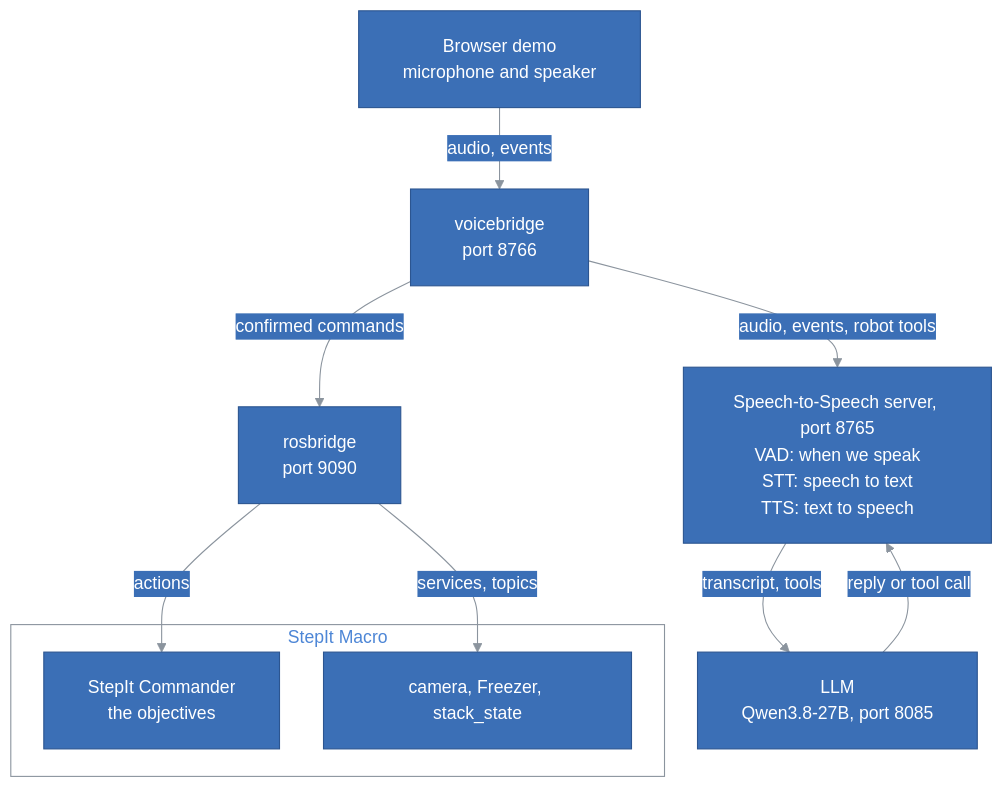
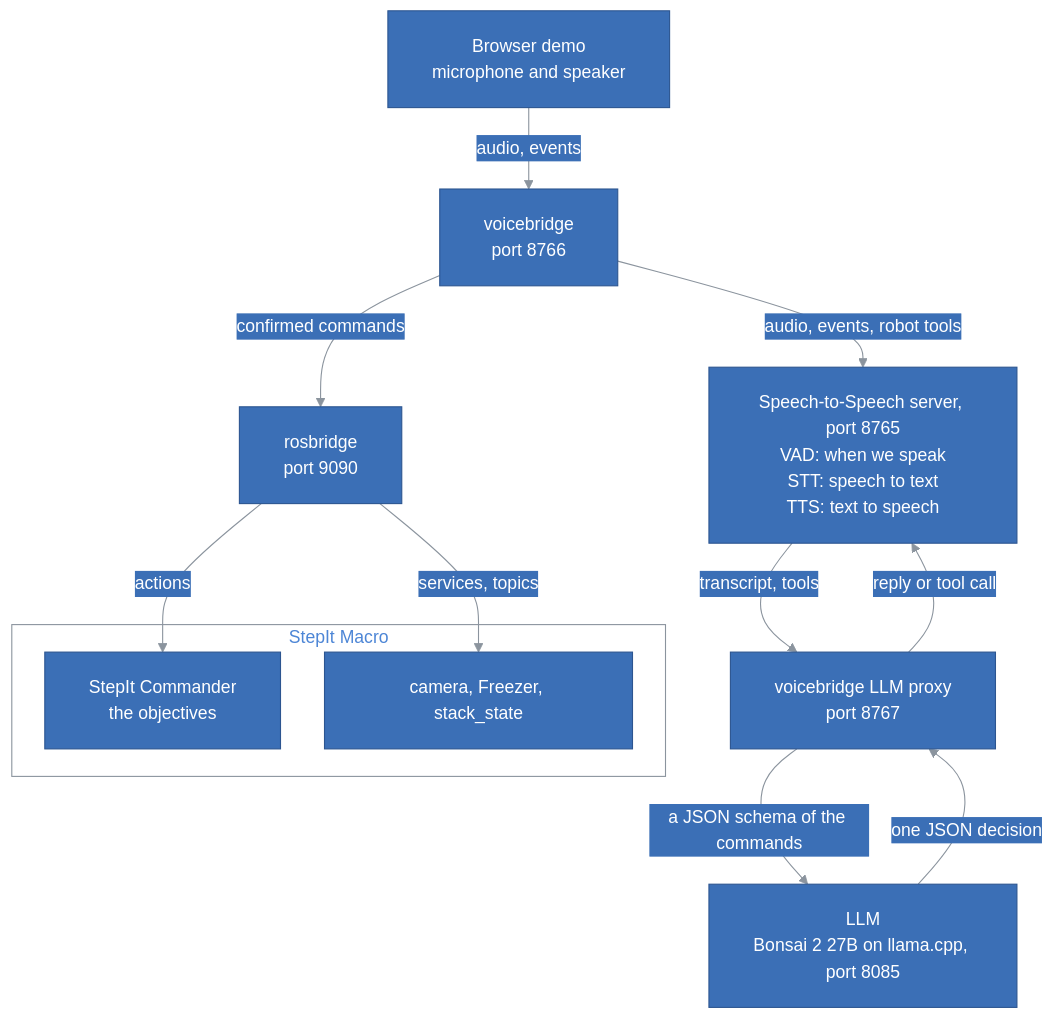
Before and after one commit to kineticsystem/stepit-speech: the first of 8 diagrams in docs/ARCHITECTURE.md, drawn with Mermaid. The commit also changed other lines of this file and 20 other files, not shown here.

First line of the commit message:
Rename to StepIt Speech; say the bridge's sentences through an LLM proxy

````diff
--- a/docs/ARCHITECTURE.md
+++ b/docs/ARCHITECTURE.md
@@ -41,77 +44,80 @@
 ```mermaid
 ---
 config:
   theme: base
   themeCSS: ".edgeLabel p { padding: 4px 10px; }"
   flowchart:
     padding: 20
     nodeSpacing: 40
     rankSpacing: 50
   class:
     padding: 16
   sequence:
     boxMargin: 12
     boxTextMargin: 8
     noteMargin: 28
     messageMargin: 40
     actorMargin: 60
     labelBoxWidth: 56
     labelBoxHeight: 28
   themeVariables:
     primaryColor: "#3b6fb6"
     primaryTextColor: "#ffffff"
     primaryBorderColor: "#2c5590"
     lineColor: "#8b949e"
     textColor: "#4d86d6"
     actorBkg: "#3b6fb6"
     actorBorder: "#2c5590"
     actorTextColor: "#ffffff"
     actorLineColor: "#8b949e"
     signalColor: "#8b949e"
     signalTextColor: "#4d86d6"
     noteBkgColor: "#3b6fb6"
     noteTextColor: "#ffffff"
     noteBorderColor: "#2c5590"
     secondaryColor: "#3b6fb6"
     tertiaryColor: "#3b6fb6"
     clusterBkg: "transparent"
     clusterBorder: "#8b949e"
     titleColor: "#4d86d6"
     edgeLabelBackground: "#3b6fb6"
     classText: "#ffffff"
     labelBoxBkgColor: "#3b6fb6"
     labelBoxBorderColor: "#2c5590"
     labelTextColor: "#ffffff"
     loopTextColor: "#4d86d6"
     mainBkg: "#3b6fb6"
     nodeBorder: "#2c5590"
     nodeTextColor: "#ffffff"
     secondaryBorderColor: "#2c5590"
     secondaryTextColor: "#ffffff"
     tertiaryBorderColor: "#2c5590"
     tertiaryTextColor: "#ffffff"
     errorBkgColor: "#3b6fb6"
     errorTextColor: "#ffffff"
 ---
 flowchart TB
     Browser["Browser demo<br/>microphone and speaker"]
     Bridge["voicebridge<br/>port 8766"]
     Speech["Speech-to-Speech server, port 8765<br/>VAD: when we speak<br/>STT: speech to text<br/>TTS: text to speech"]
-    LLM["LLM<br/>Qwen3.8-27B, port 8085"]
+    Proxy["voicebridge LLM proxy<br/>port 8767"]
+    LLM["LLM<br/>Bonsai 2 27B on llama.cpp, port 8085"]
     Rosbridge["rosbridge<br/>port 9090"]
 
     subgraph Rig["StepIt Macro"]
         Commander["StepIt Commander<br/>the objectives"]
         Drivers["camera, Freezer, stack_state"]
     end
 
     Browser -- "audio, events" --> Bridge
     Bridge -- "audio, events, robot tools" --> Speech
-    Speech -- "transcript, tools" --> LLM
-    LLM -- "reply or tool call" --> Speech
+    Speech -- "transcript, tools" --> Proxy
+    Proxy -- "a JSON schema of the commands" --> LLM
+    LLM -- "one JSON decision" --> Proxy
+    Proxy -- "reply or tool call" --> Speech
     Bridge -- "confirmed commands" --> Rosbridge
     Rosbridge -- "actions" --> Commander
     Rosbridge -- "services, topics" --> Drivers
 
     classDef default fill:#3b6fb6,stroke:#2c5590,color:#ffffff
 ```
````
